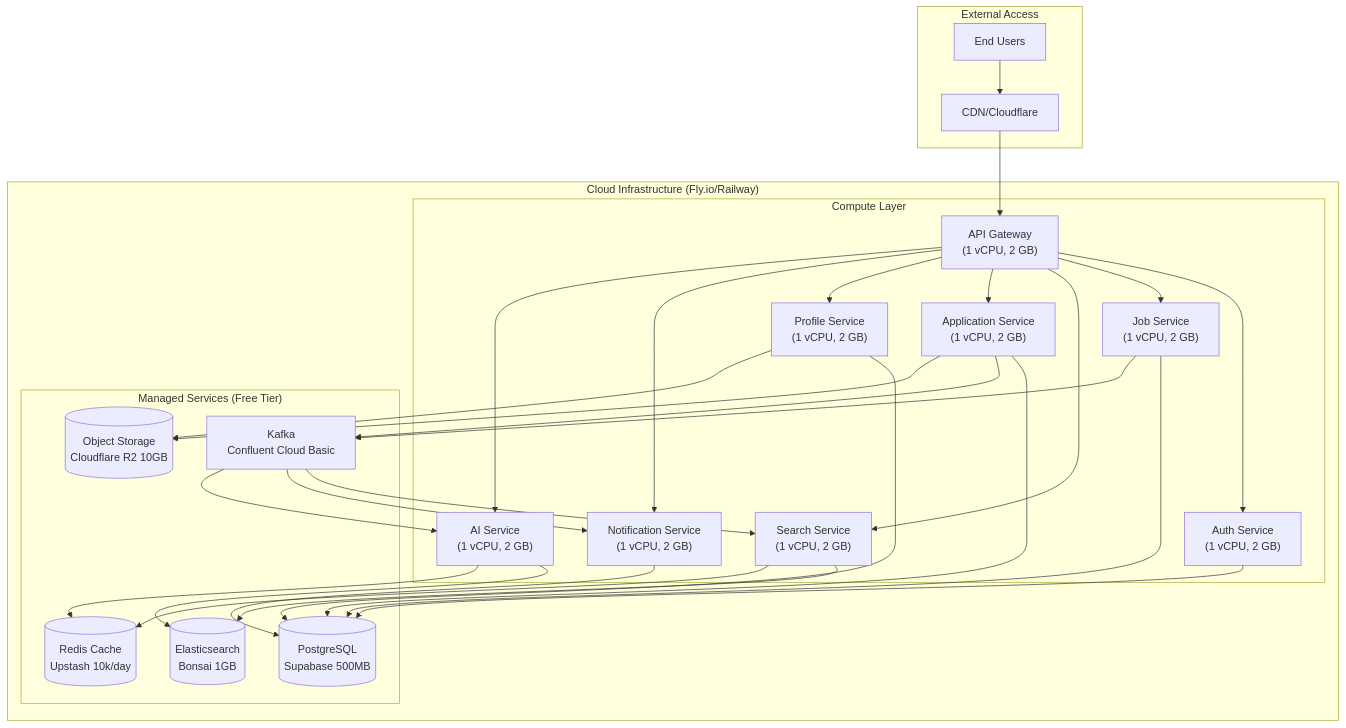
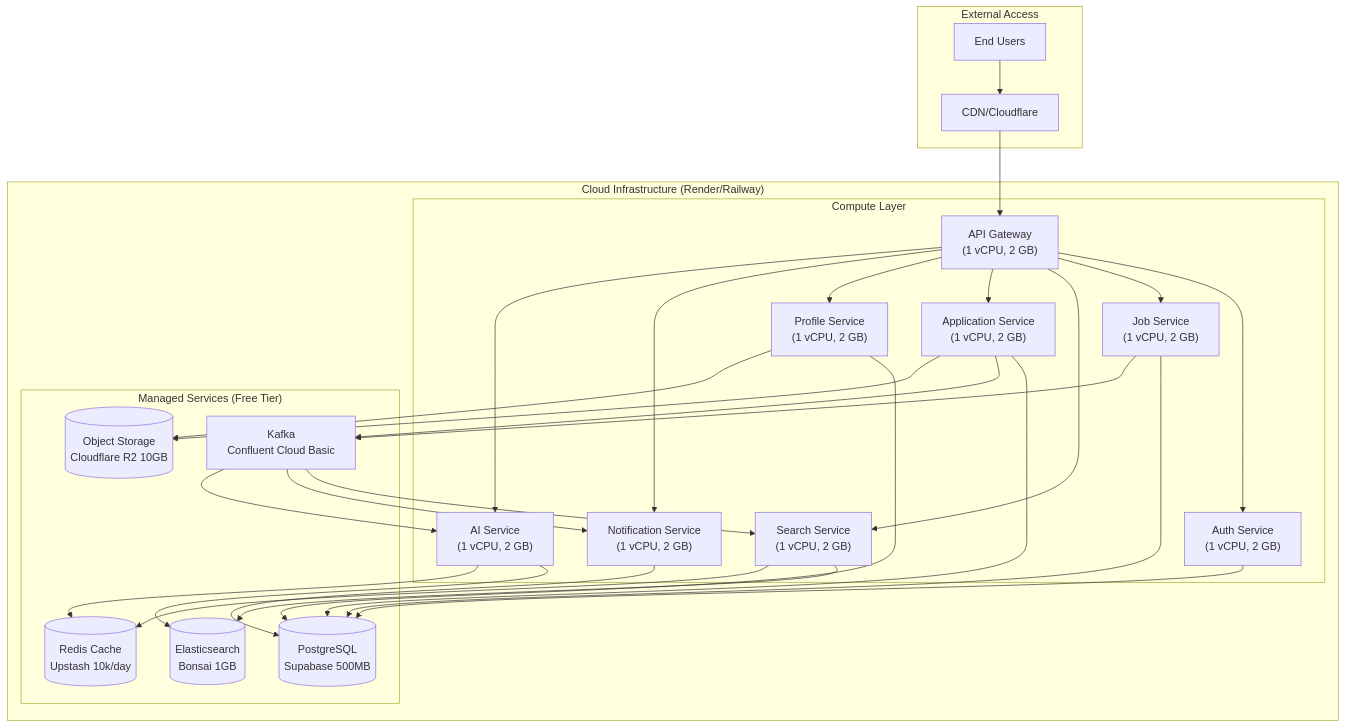
One commit to dut-pbl6-2026/job-platform-docs changed the third of 5 diagrams in docs/srs/en/9-infra-cost-analysis.md. Above: the diagram before and after it, drawn with Mermaid. The commit also changed other lines of this file and 11 other files, not shown here.

First line of the commit message:
docs: PBL6-16 backlog 1-2-3 + Fly→Render jp-* + 6 PG strict (#6)

````diff
--- a/docs/srs/en/9-infra-cost-analysis.md
+++ b/docs/srs/en/9-infra-cost-analysis.md
@@ -139,58 +139,58 @@
 ```mermaid
 flowchart TB
     subgraph External["External Access"]
         User["End Users"]
         CDN["CDN/Cloudflare"]
     end
 
-    subgraph Cloud["Cloud Infrastructure (Fly.io/Railway)"]
+    subgraph Cloud["Cloud Infrastructure (Render/Railway)"]
         subgraph Compute["Compute Layer"]
             Gateway["API Gateway<br/>(1 vCPU, 2 GB)"]
             Auth["Auth Service<br/>(1 vCPU, 2 GB)"]
             Job["Job Service<br/>(1 vCPU, 2 GB)"]
             Search["Search Service<br/>(1 vCPU, 2 GB)"]
             App["Application Service<br/>(1 vCPU, 2 GB)"]
             Profile["Profile Service<br/>(1 vCPU, 2 GB)"]
             Notif["Notification Service<br/>(1 vCPU, 2 GB)"]
             AI["AI Service<br/>(1 vCPU, 2 GB)"]
         end
 
         subgraph Managed["Managed Services (Free Tier)"]
             PG[("PostgreSQL<br/>Supabase 500MB")]
             Redis[("Redis Cache<br/>Upstash 10k/day")]
             ES[("Elasticsearch<br/>Bonsai 1GB")]
             Broker["Kafka<br/>Confluent Cloud Basic"]
             R2[("Object Storage<br/>Cloudflare R2 10GB")]
         end
     end
 
     User --> CDN
     CDN --> Gateway
     Gateway --> Auth
     Gateway --> Job
     Gateway --> Search
     Gateway --> App
     Gateway --> Profile
     Gateway --> Notif
     Gateway --> AI
 
     Auth --> PG
     Job --> PG
     App --> PG
     Profile --> PG
     Notif --> PG
 
     Job --> Broker
     App --> Broker
     Broker --> Search
     Broker --> Notif
     Broker --> AI
 
     Search --> ES
     Search --> Redis
     AI --> ES
     AI --> Redis
 
     App --> R2
     Profile --> R2
 ```
````
